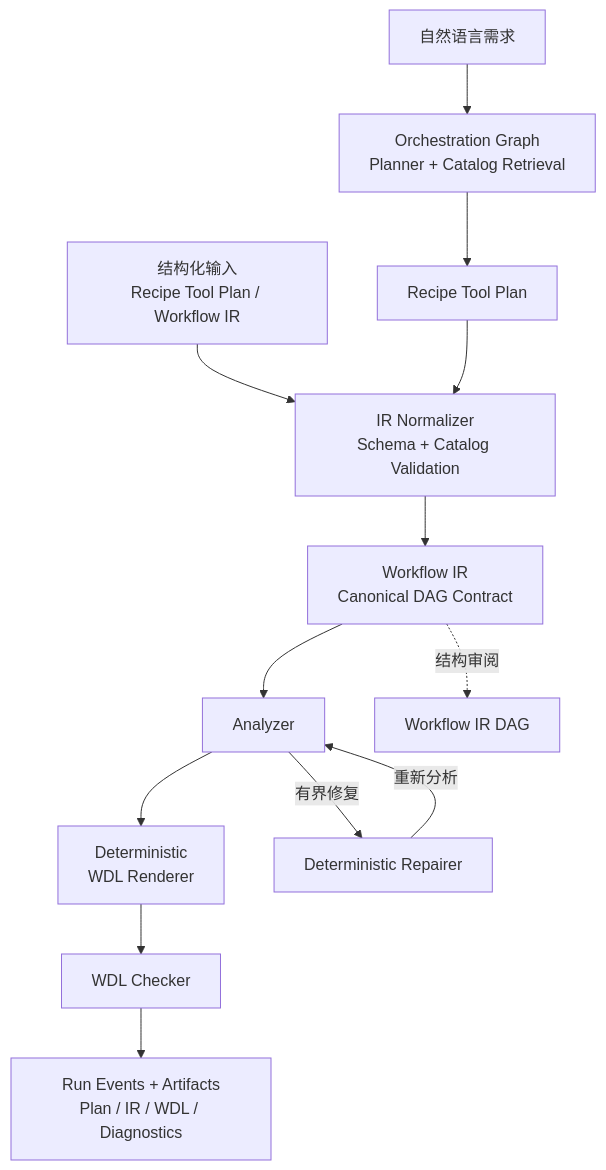
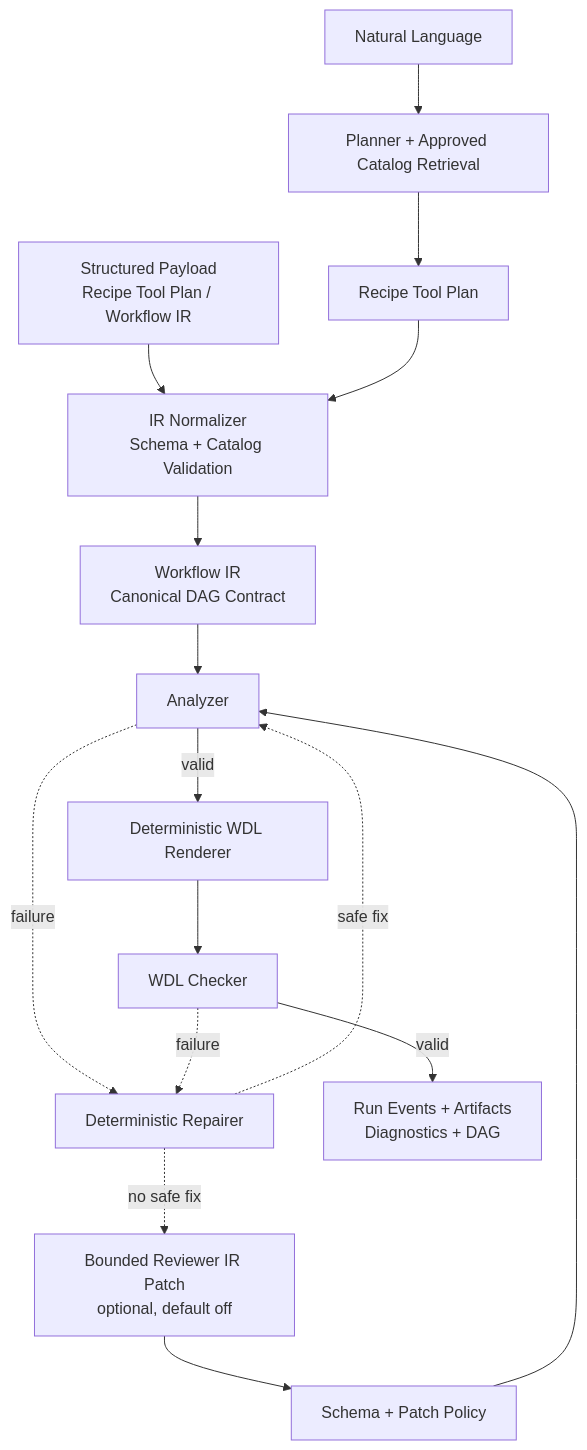
Before and after one commit to yuanzhw/AI-bioworkflow: the first of 2 diagrams in README.md, drawn with Mermaid. The commit also changed other lines of this file and 5 other files, not shown here.

````diff
--- a/README.md
+++ b/README.md
@@ -281,15 +18,18 @@
 ```mermaid
 flowchart TD
-    NL["自然语言需求"] --> ORCH["Orchestration Graph<br/>Planner + Catalog Retrieval"]
-    ORCH --> PLAN["Recipe Tool Plan"]
-    STRUCT["结构化输入<br/>Recipe Tool Plan / Workflow IR"] --> NORMALIZER["IR Normalizer<br/>Schema + Catalog Validation"]
+    NL["Natural Language"] --> PLANNER["Planner + Approved Catalog Retrieval"]
+    PLANNER --> PLAN["Recipe Tool Plan"]
+    STRUCT["Structured Payload<br/>Recipe Tool Plan / Workflow IR"] --> NORMALIZER["IR Normalizer<br/>Schema + Catalog Validation"]
     PLAN --> NORMALIZER
     NORMALIZER --> IR["Workflow IR<br/>Canonical DAG Contract"]
     IR --> ANALYZER["Analyzer"]
-    ANALYZER --> RENDERER["Deterministic<br/>WDL Renderer"]
-    ANALYZER -- "有界修复" --> REPAIRER["Deterministic Repairer"]
-    REPAIRER -- "重新分析" --> ANALYZER
+    ANALYZER -- "valid" --> RENDERER["Deterministic WDL Renderer"]
+    ANALYZER -. "failure" .-> REPAIRER["Deterministic Repairer"]
+    CHECKER -. "failure" .-> REPAIRER
+    REPAIRER -. "safe fix" .-> ANALYZER
+    REPAIRER -. "no safe fix" .-> REVIEWER["Bounded Reviewer IR Patch<br/>optional, default off"]
+    REVIEWER --> POLICY["Schema + Patch Policy"]
+    POLICY --> ANALYZER
     RENDERER --> CHECKER["WDL Checker"]
-    CHECKER --> OUTPUTS["Run Events + Artifacts<br/>Plan / IR / WDL / Diagnostics"]
-    IR -. "结构审阅" .-> DAG["Workflow IR DAG"]
+    CHECKER -- "valid" --> OUTPUTS["Run Events + Artifacts<br/>Diagnostics + DAG"]
 ```
````
